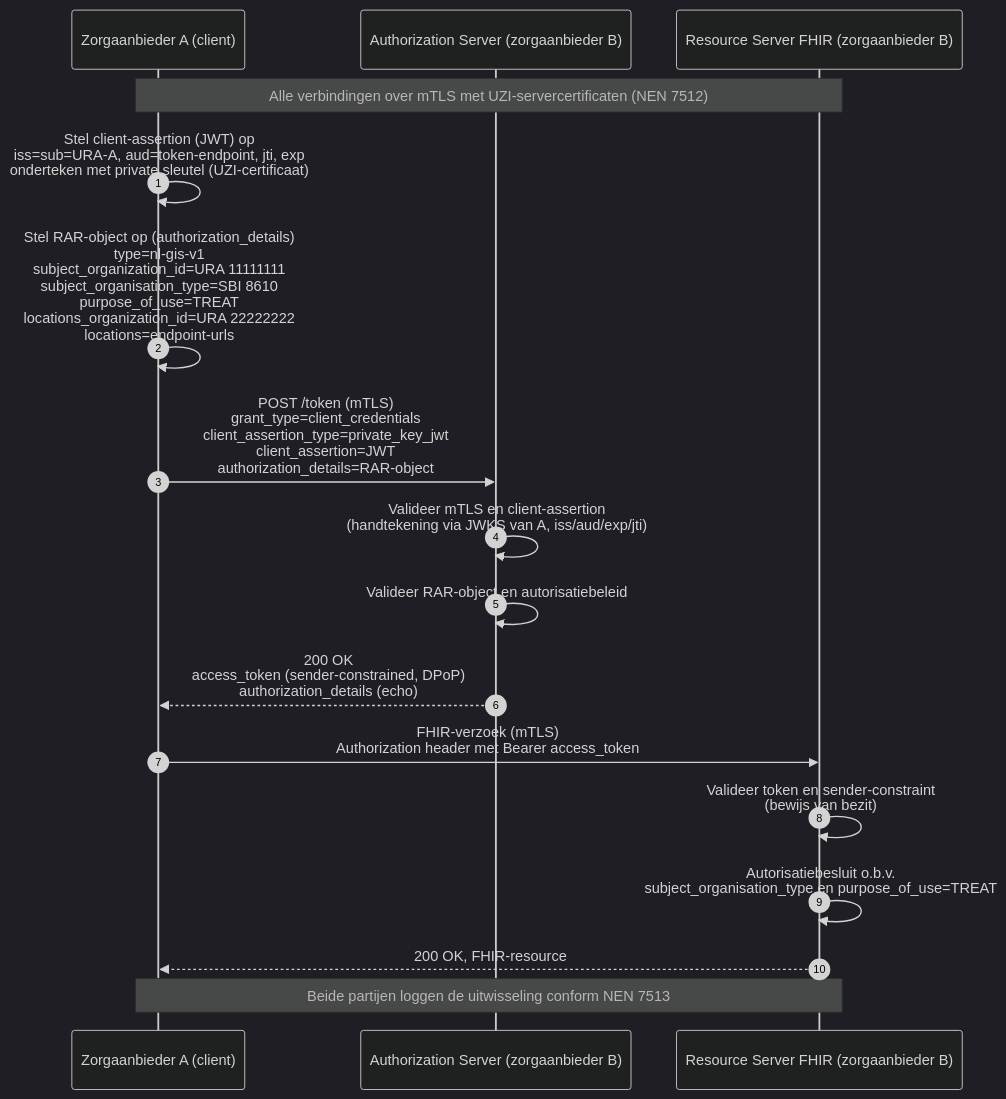
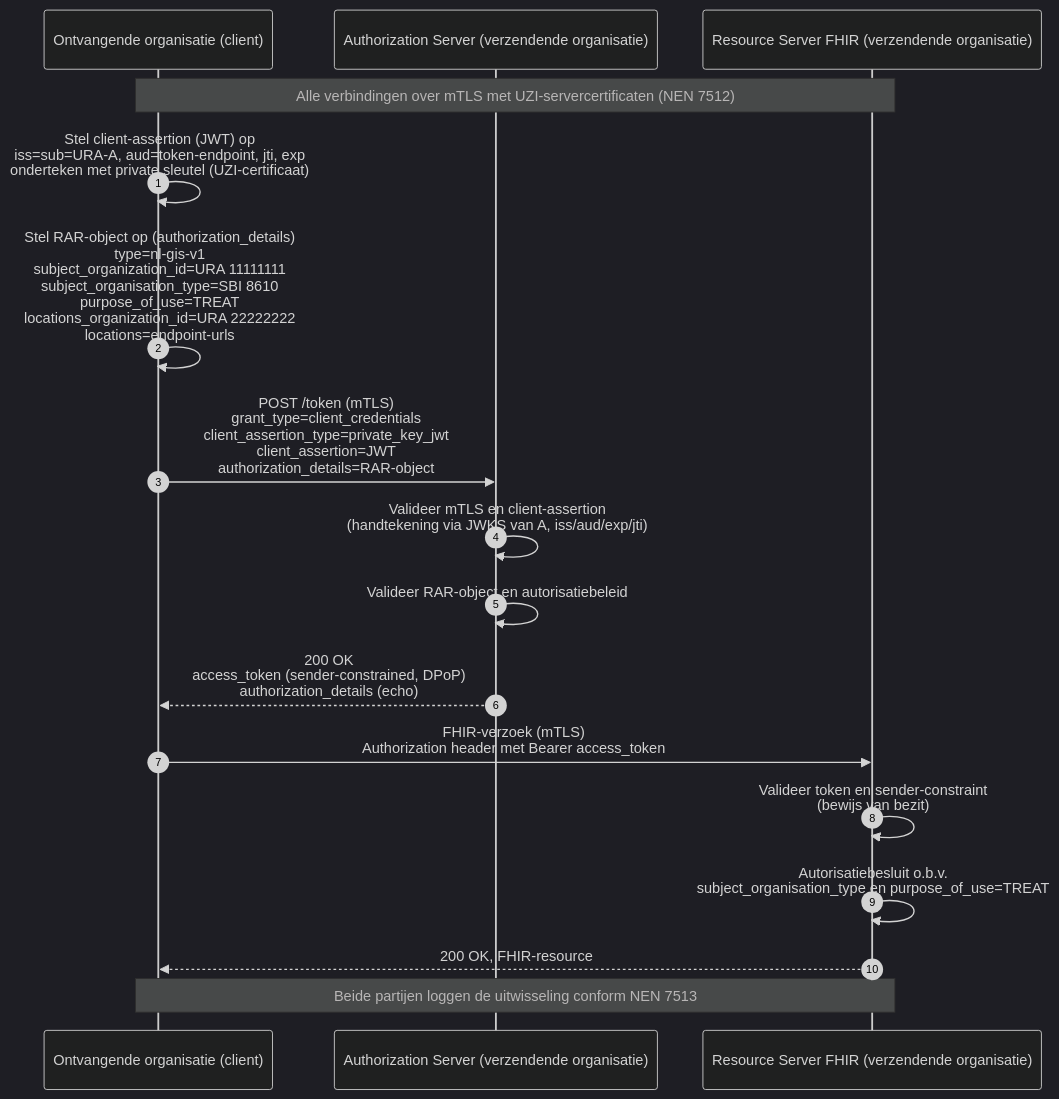
Before and after one commit to caspervanderharst/GISA: the diagram in notitie-v2.md, drawn with Mermaid (dark theme). The commit also changed other lines of this file, not shown here.

````diff
--- a/notitie-v2.md
+++ b/notitie-v2.md
@@ -328,24 +335,24 @@
 ```mermaid
 sequenceDiagram
     autonumber
-    participant A as Zorgaanbieder A (client)
-    participant AS as Authorization Server (zorgaanbieder B)
-    participant RS as Resource Server FHIR (zorgaanbieder B)
+    participant A as Ontvangende organisatie (client)
+    participant AS as Authorization Server (verzendende organisatie)
+    participant RS as Resource Server FHIR (verzendende organisatie)
 
     Note over A,RS: Alle verbindingen over mTLS met UZI-servercertificaten (NEN 7512)
 
     A->>A: Stel client-assertion (JWT) op<br/>iss=sub=URA-A, aud=token-endpoint, jti, exp<br/>onderteken met private sleutel (UZI-certificaat)
     A->>A: Stel RAR-object op (authorization_details)<br/>type=nl-gis-v1<br/>subject_organization_id=URA 11111111<br/>subject_organisation_type=SBI 8610<br/>purpose_of_use=TREAT<br/>locations_organization_id=URA 22222222<br/>locations=endpoint-urls
 
     A->>AS: POST /token (mTLS)<br/>grant_type=client_credentials<br/>client_assertion_type=private_key_jwt<br/>client_assertion=JWT<br/>authorization_details=RAR-object
     AS->>AS: Valideer mTLS en client-assertion<br/>(handtekening via JWKS van A, iss/aud/exp/jti)
     AS->>AS: Valideer RAR-object en autorisatiebeleid
     AS-->>A: 200 OK<br/>access_token (sender-constrained, DPoP)<br/>authorization_details (echo)
 
     A->>RS: FHIR-verzoek (mTLS)<br/>Authorization header met Bearer access_token
     RS->>RS: Valideer token en sender-constraint<br/>(bewijs van bezit)
     RS->>RS: Autorisatiebesluit o.b.v.<br/>subject_organisation_type en purpose_of_use=TREAT
     RS-->>A: 200 OK, FHIR-resource
 
     Note over A,RS: Beide partijen loggen de uitwisseling conform NEN 7513
 ```
````
